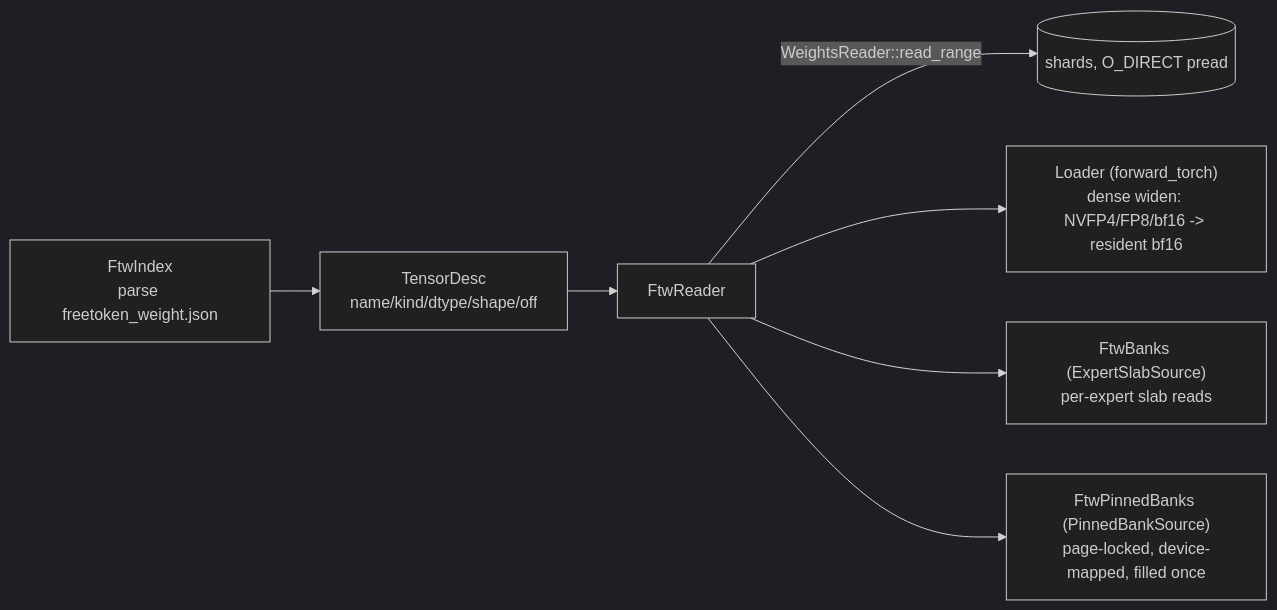
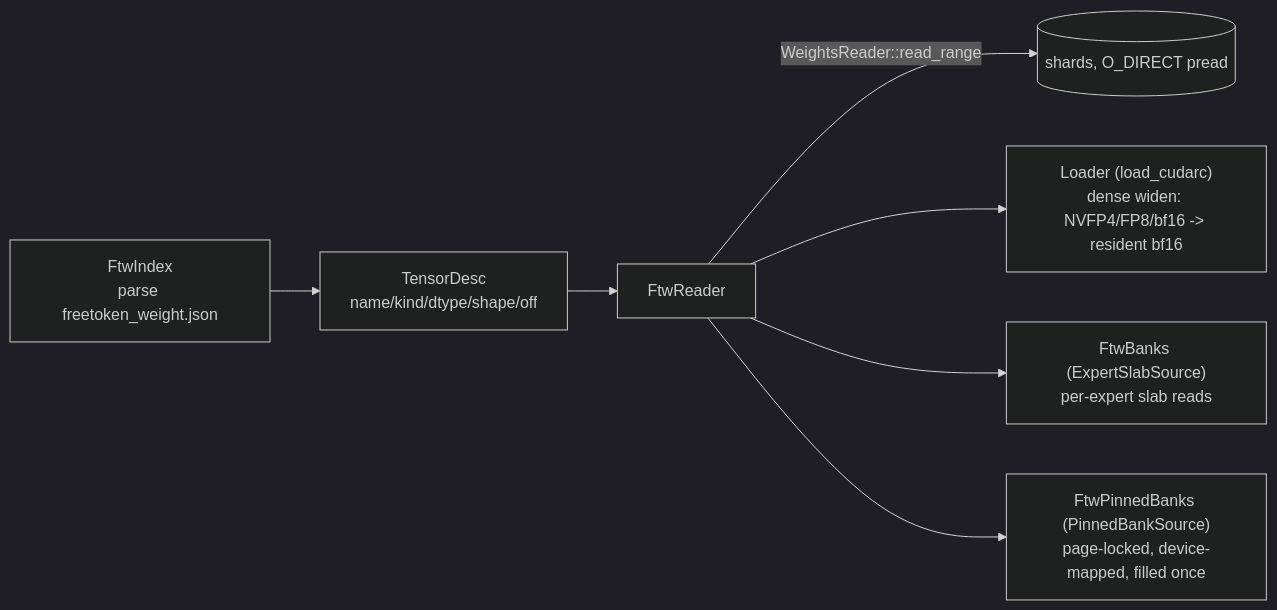
Before and after one commit to butzist/ferrum-torrens: the sixth of 15 diagrams in ARCHITECTURE.md, drawn with Mermaid (dark theme). The commit also changed other lines of this file and 65 other files, not shown here.

````diff
--- a/ARCHITECTURE.md
+++ b/ARCHITECTURE.md
@@ -362,9 +350,9 @@
 ```mermaid
 flowchart LR
   Idx["FtwIndex\nparse freetoken_weight.json"] --> Ent["TensorDesc\nname/kind/dtype/shape/off"]
   Mm["FtwReader"] -- "WeightsReader::read_range" --> Shards[("shards, O_DIRECT pread")]
   Ent --> Mm
-  Mm --> PWiden["Loader (forward_torch)\ndense widen: NVFP4/FP8/bf16 -> resident bf16"]
+  Mm --> PWiden["Loader (load_cudarc)\ndense widen: NVFP4/FP8/bf16 -> resident bf16"]
   Mm --> FtwBanks["FtwBanks (ExpertSlabSource)\nper-expert slab reads"]
   Mm --> Pin["FtwPinnedBanks (PinnedBankSource)\npage-locked, device-mapped, filled once"]
 ```
````
